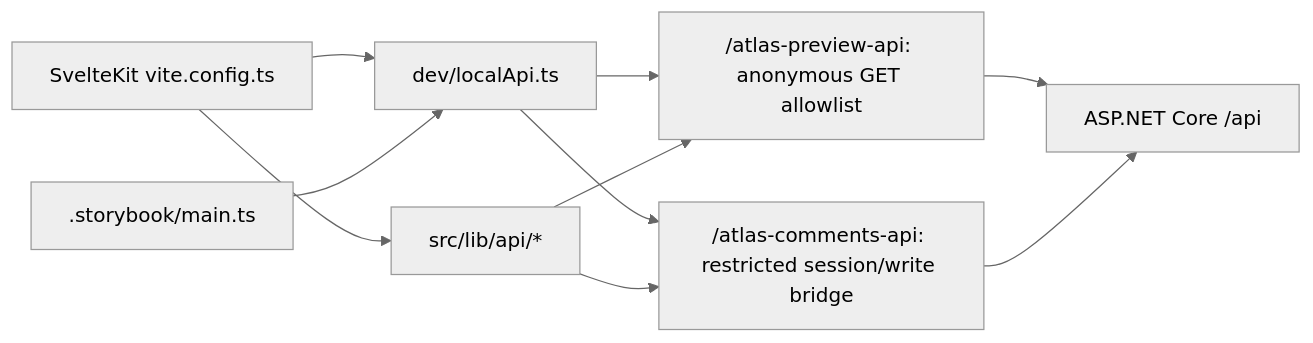
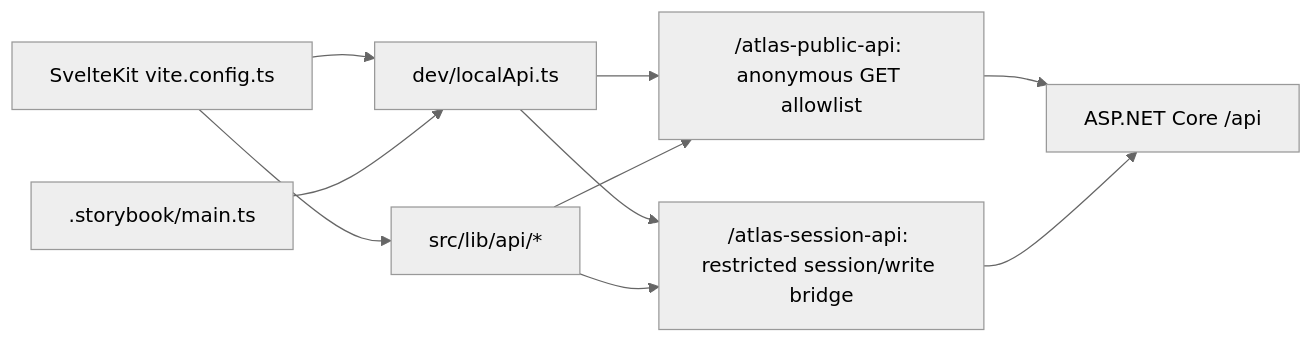
The third of 5 diagrams in docs/architecture/ATLAS-WEB-PR-360-REVIEW.md (williamowen65/atlas-the-public-think-tank), drawn with Mermaid (neutral theme) before and after one commit. The commit also changed 36 other files, not shown here.

Commit message:
Rename development API bridges for public and session access

````diff
--- a/docs/architecture/ATLAS-WEB-PR-360-REVIEW.md
+++ b/docs/architecture/ATLAS-WEB-PR-360-REVIEW.md
@@ -67,12 +67,12 @@
 ```mermaid
 flowchart LR
   App["SvelteKit vite.config.ts"] --> Dev["dev/localApi.ts"]
   SB[".storybook/main.ts"] --> Dev
-  Dev --> Public["/atlas-preview-api: anonymous GET allowlist"]
-  Dev --> Session["/atlas-comments-api: restricted session/write bridge"]
+  Dev --> Public["/atlas-public-api: anonymous GET allowlist"]
+  Dev --> Session["/atlas-session-api: restricted session/write bridge"]
   Public --> Api["ASP.NET Core /api"]
   Session --> Api
   App --> Shared["src/lib/api/*"]
   Shared --> Public
   Shared --> Session
 ```
````
